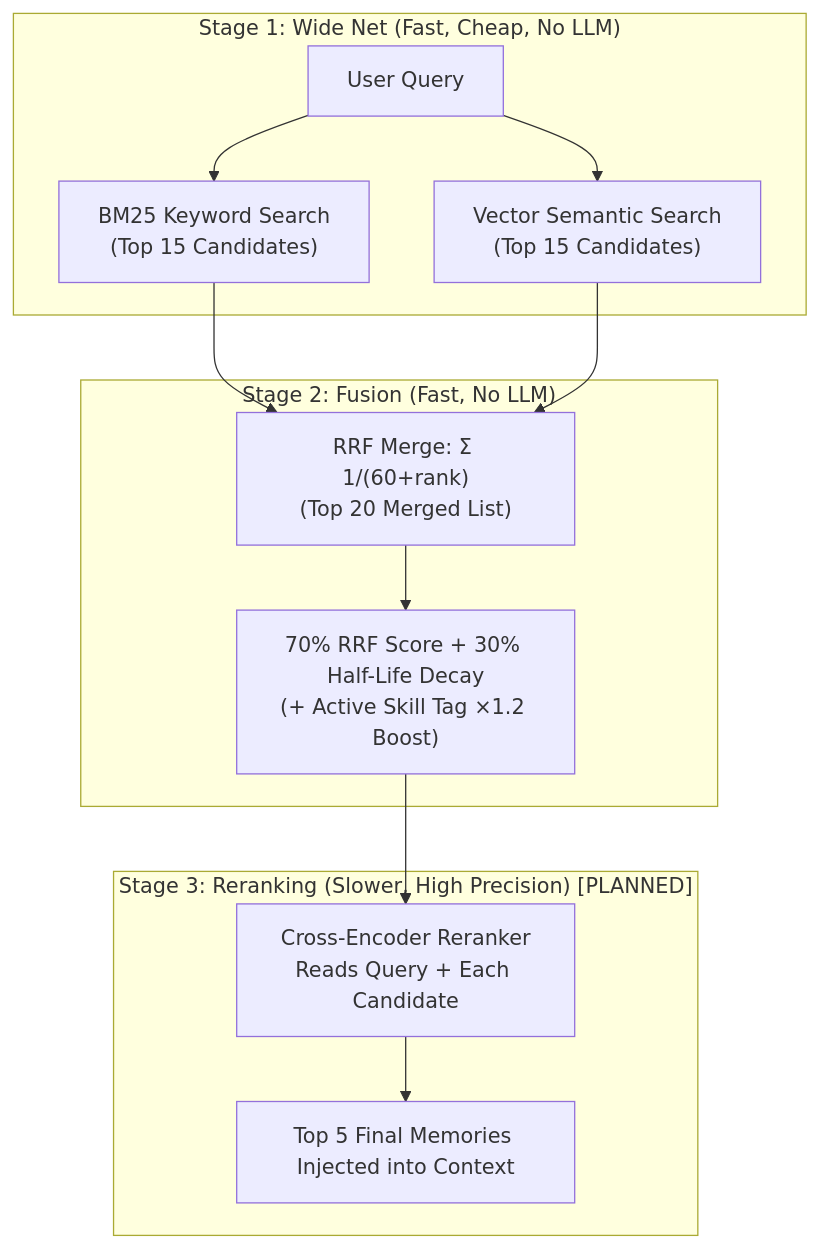
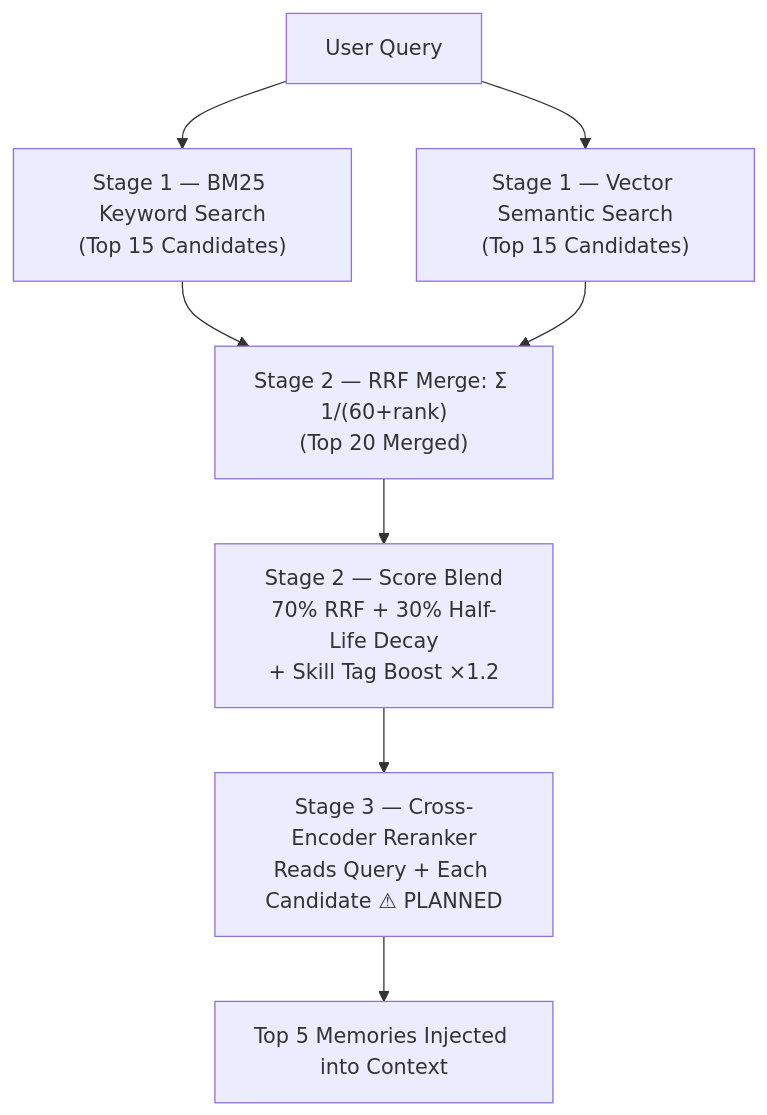
Before and after one commit to kinqsradiollc/BrainRouter: the first of 3 diagrams in ROADMAP.md, drawn with Mermaid. The commit also changed other lines of this file and 3 other files, not shown here.

Commit message:
refactor: simplify Mermaid diagrams across documentation files to improve visual clarity and consistency

````diff
--- a/ROADMAP.md
+++ b/ROADMAP.md
@@ -107,18 +107,16 @@
 ```mermaid
 graph TD
-    subgraph Stage1["Stage 1: Wide Net (Fast, Cheap, No LLM)"]
-        Q["User Query"] --> BM25["BM25 Keyword Search\n(Top 15 Candidates)"]
-        Q --> Vec["Vector Semantic Search\n(Top 15 Candidates)"]
-    end
+    Q["User Query"]
 
-    subgraph Stage2["Stage 2: Fusion (Fast, No LLM)"]
-        BM25 --> RRF["RRF Merge: Σ 1/(60+rank)\n(Top 20 Merged List)"]
-        Vec --> RRF
-        RRF --> Blend["70% RRF Score + 30% Half-Life Decay\n(+ Active Skill Tag ×1.2 Boost)"]
-    end
+    Q --> BM25["Stage 1 — BM25 Keyword Search\n(Top 15 Candidates)"]
+    Q --> Vec["Stage 1 — Vector Semantic Search\n(Top 15 Candidates)"]
 
-    subgraph Stage3["Stage 3: Reranking (Slower, High Precision) [PLANNED]"]
-        Blend --> Rerank["Cross-Encoder Reranker\nReads Query + Each Candidate"]
-        Rerank --> Output["Top 5 Final Memories Injected into Context"]
-    end
+    BM25 --> RRF["Stage 2 — RRF Merge: Σ 1/(60+rank)\n(Top 20 Merged)"]
+    Vec --> RRF
+
+    RRF --> Blend["Stage 2 — Score Blend\n70% RRF + 30% Half-Life Decay\n+ Skill Tag Boost ×1.2"]
+
+    Blend --> Rerank["Stage 3 — Cross-Encoder Reranker\nReads Query + Each Candidate ⚠ PLANNED"]
+
+    Rerank --> Out["Top 5 Memories Injected into Context"]
 ```
````
